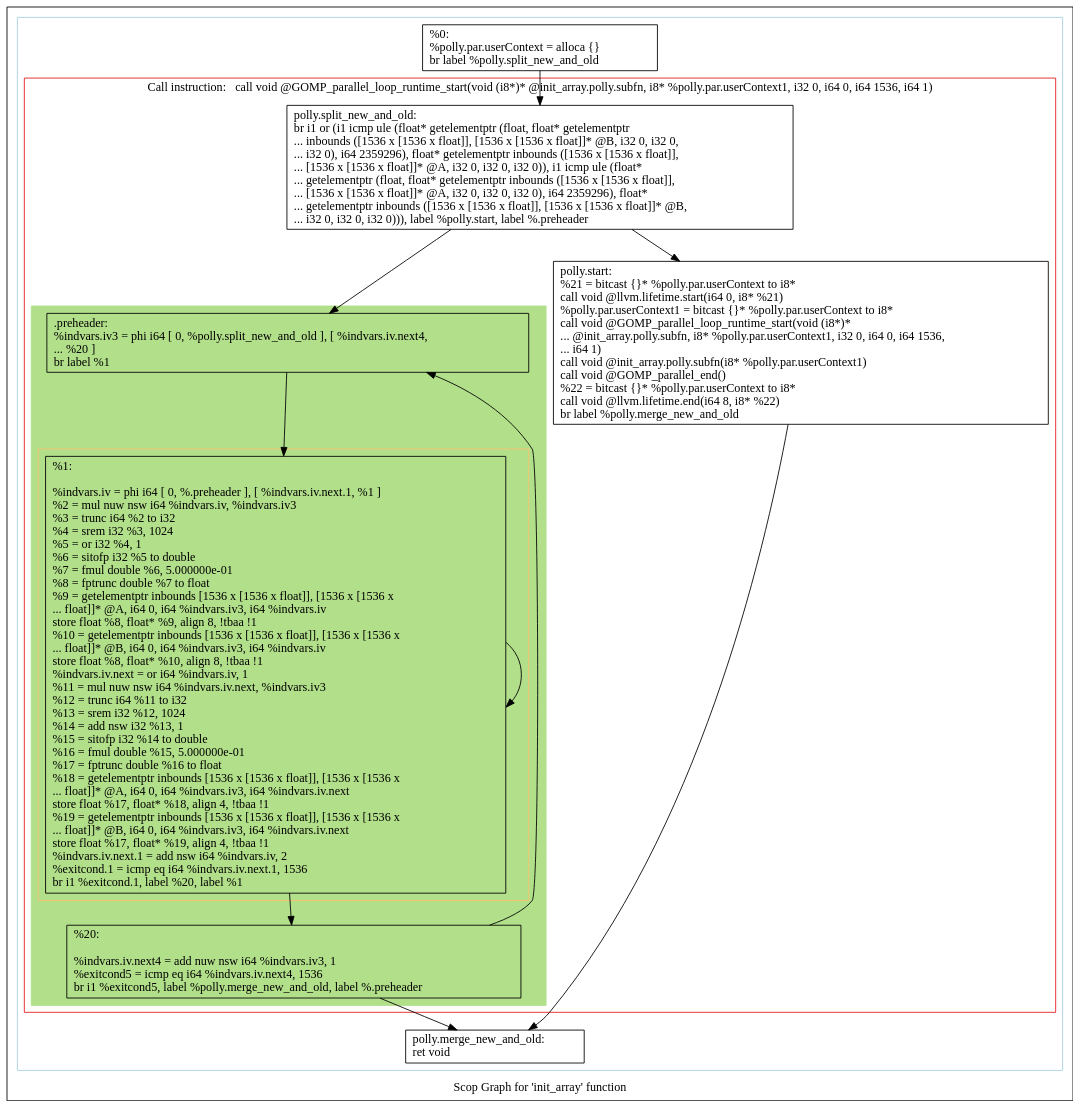
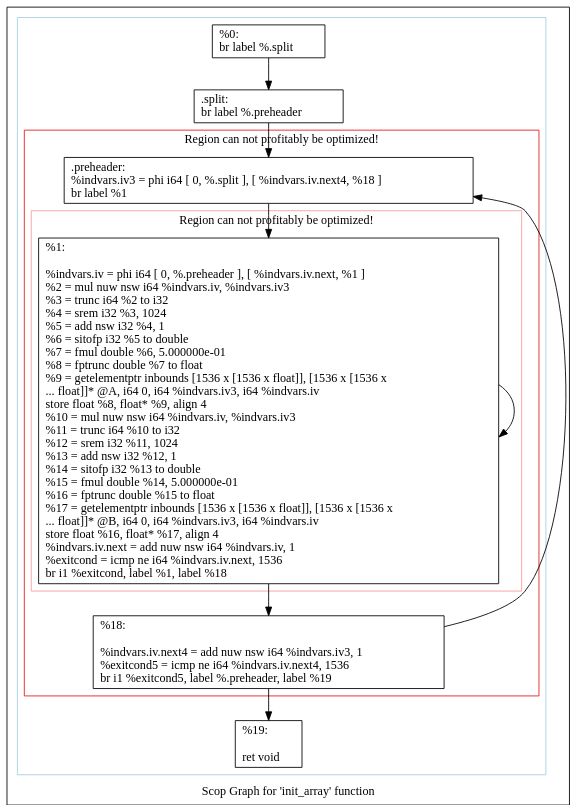
One commit to rogerioag/openmp-hook changed the diagram in matmul-polly/scops.init_array.dot. Above: the diagram before and after it, drawn with Graphviz. The commit also changed 20 other files, not shown here.

```diff
--- a/matmul-polly/scops.init_array.dot
+++ b/matmul-polly/scops.init_array.dot
@@ -1,47 +1,39 @@
 digraph "Scop Graph for 'init_array' function" {
 	label="Scop Graph for 'init_array' function";
 
-	Node0x14e27e0 [shape=record,label="{%0:\l  %polly.par.userContext = alloca \{\}\l  br label %polly.split_new_and_old\l}"];
-	Node0x14e27e0 -> Node0x14e2800;
-	Node0x14e2800 [shape=record,label="{polly.split_new_and_old:                          \l  br i1 or (i1 icmp ule (float* getelementptr (float, float* getelementptr\l... inbounds ([1536 x [1536 x float]], [1536 x [1536 x float]]* @B, i32 0, i32 0,\l... i32 0), i64 2359296), float* getelementptr inbounds ([1536 x [1536 x float]],\l... [1536 x [1536 x float]]* @A, i32 0, i32 0, i32 0)), i1 icmp ule (float*\l... getelementptr (float, float* getelementptr inbounds ([1536 x [1536 x float]],\l... [1536 x [1536 x float]]* @A, i32 0, i32 0, i32 0), i64 2359296), float*\l... getelementptr inbounds ([1536 x [1536 x float]], [1536 x [1536 x float]]* @B,\l... i32 0, i32 0, i32 0))), label %polly.start, label %.preheader\l}"];
-	Node0x14e2800 -> Node0x1520470;
-	Node0x14e2800 -> Node0x15161b0;
-	Node0x1520470 [shape=record,label="{polly.start:                                      \l  %21 = bitcast \{\}* %polly.par.userContext to i8*\l  call void @llvm.lifetime.start(i64 0, i8* %21)\l  %polly.par.userContext1 = bitcast \{\}* %polly.par.userContext to i8*\l  call void @GOMP_parallel_loop_runtime_start(void (i8*)*\l... @init_array.polly.subfn, i8* %polly.par.userContext1, i32 0, i64 0, i64 1536,\l... i64 1)\l  call void @init_array.polly.subfn(i8* %polly.par.userContext1)\l  call void @GOMP_parallel_end()\l  %22 = bitcast \{\}* %polly.par.userContext to i8*\l  call void @llvm.lifetime.end(i64 8, i8* %22)\l  br label %polly.merge_new_and_old\l}"];
-	Node0x1520470 -> Node0x14e2890;
-	Node0x14e2890 [shape=record,label="{polly.merge_new_and_old:                          \l  ret void\l}"];
-	Node0x15161b0 [shape=record,label="{.preheader:                                       \l  %indvars.iv3 = phi i64 [ 0, %polly.split_new_and_old ], [ %indvars.iv.next4,\l... %20 ]\l  br label %1\l}"];
-	Node0x15161b0 -> Node0x14e28b0;
-	Node0x14e28b0 [shape=record,label="{%1:\l\l  %indvars.iv = phi i64 [ 0, %.preheader ], [ %indvars.iv.next.1, %1 ]\l  %2 = mul nuw nsw i64 %indvars.iv, %indvars.iv3\l  %3 = trunc i64 %2 to i32\l  %4 = srem i32 %3, 1024\l  %5 = or i32 %4, 1\l  %6 = sitofp i32 %5 to double\l  %7 = fmul double %6, 5.000000e-01\l  %8 = fptrunc double %7 to float\l  %9 = getelementptr inbounds [1536 x [1536 x float]], [1536 x [1536 x\l... float]]* @A, i64 0, i64 %indvars.iv3, i64 %indvars.iv\l  store float %8, float* %9, align 8, !tbaa !1\l  %10 = getelementptr inbounds [1536 x [1536 x float]], [1536 x [1536 x\l... float]]* @B, i64 0, i64 %indvars.iv3, i64 %indvars.iv\l  store float %8, float* %10, align 8, !tbaa !1\l  %indvars.iv.next = or i64 %indvars.iv, 1\l  %11 = mul nuw nsw i64 %indvars.iv.next, %indvars.iv3\l  %12 = trunc i64 %11 to i32\l  %13 = srem i32 %12, 1024\l  %14 = add nsw i32 %13, 1\l  %15 = sitofp i32 %14 to double\l  %16 = fmul double %15, 5.000000e-01\l  %17 = fptrunc double %16 to float\l  %18 = getelementptr inbounds [1536 x [1536 x float]], [1536 x [1536 x\l... float]]* @A, i64 0, i64 %indvars.iv3, i64 %indvars.iv.next\l  store float %17, float* %18, align 4, !tbaa !1\l  %19 = getelementptr inbounds [1536 x [1536 x float]], [1536 x [1536 x\l... float]]* @B, i64 0, i64 %indvars.iv3, i64 %indvars.iv.next\l  store float %17, float* %19, align 4, !tbaa !1\l  %indvars.iv.next.1 = add nsw i64 %indvars.iv, 2\l  %exitcond.1 = icmp eq i64 %indvars.iv.next.1, 1536\l  br i1 %exitcond.1, label %20, label %1\l}"];
-	Node0x14e28b0 -> Node0x1516320;
-	Node0x14e28b0 -> Node0x14e28b0[constraint=false];
-	Node0x1516320 [shape=record,label="{%20:\l\l  %indvars.iv.next4 = add nuw nsw i64 %indvars.iv3, 1\l  %exitcond5 = icmp eq i64 %indvars.iv.next4, 1536\l  br i1 %exitcond5, label %polly.merge_new_and_old, label %.preheader\l}"];
-	Node0x1516320 -> Node0x14e2890;
-	Node0x1516320 -> Node0x15161b0[constraint=false];
+	Node0x269bea0 [shape=record,label="{%0:\l  br label %.split\l}"];
+	Node0x269bea0 -> Node0x269bcf0;
+	Node0x269bcf0 [shape=record,label="{.split:                                           \l  br label %.preheader\l}"];
+	Node0x269bcf0 -> Node0x269bc40;
+	Node0x269bc40 [shape=record,label="{.preheader:                                       \l  %indvars.iv3 = phi i64 [ 0, %.split ], [ %indvars.iv.next4, %18 ]\l  br label %1\l}"];
+	Node0x269bc40 -> Node0x269bd10;
+	Node0x269bd10 [shape=record,label="{%1:\l\l  %indvars.iv = phi i64 [ 0, %.preheader ], [ %indvars.iv.next, %1 ]\l  %2 = mul nuw nsw i64 %indvars.iv, %indvars.iv3\l  %3 = trunc i64 %2 to i32\l  %4 = srem i32 %3, 1024\l  %5 = add nsw i32 %4, 1\l  %6 = sitofp i32 %5 to double\l  %7 = fmul double %6, 5.000000e-01\l  %8 = fptrunc double %7 to float\l  %9 = getelementptr inbounds [1536 x [1536 x float]], [1536 x [1536 x\l... float]]* @A, i64 0, i64 %indvars.iv3, i64 %indvars.iv\l  store float %8, float* %9, align 4\l  %10 = mul nuw nsw i64 %indvars.iv, %indvars.iv3\l  %11 = trunc i64 %10 to i32\l  %12 = srem i32 %11, 1024\l  %13 = add nsw i32 %12, 1\l  %14 = sitofp i32 %13 to double\l  %15 = fmul double %14, 5.000000e-01\l  %16 = fptrunc double %15 to float\l  %17 = getelementptr inbounds [1536 x [1536 x float]], [1536 x [1536 x\l... float]]* @B, i64 0, i64 %indvars.iv3, i64 %indvars.iv\l  store float %16, float* %17, align 4\l  %indvars.iv.next = add nuw nsw i64 %indvars.iv, 1\l  %exitcond = icmp ne i64 %indvars.iv.next, 1536\l  br i1 %exitcond, label %1, label %18\l}"];
+	Node0x269bd10 -> Node0x269bd10[constraint=false];
+	Node0x269bd10 -> Node0x2691800;
+	Node0x2691800 [shape=record,label="{%18:\l\l  %indvars.iv.next4 = add nuw nsw i64 %indvars.iv3, 1\l  %exitcond5 = icmp ne i64 %indvars.iv.next4, 1536\l  br i1 %exitcond5, label %.preheader, label %19\l}"];
+	Node0x2691800 -> Node0x269bc40[constraint=false];
+	Node0x2691800 -> Node0x2692080;
+	Node0x2692080 [shape=record,label="{%19:\l\l  ret void\l}"];
 	colorscheme = "paired12"
-        subgraph cluster_0x14e7a10 {
+        subgraph cluster_0x2691560 {
           label = "";
           style = solid;
           color = 1
-          subgraph cluster_0x14df8b0 {
-            label = "Call instruction:   call void @GOMP_parallel_loop_runtime_start(void (i8*)* @init_array.polly.subfn, i8* %polly.par.userContext1, i32 0, i64 0, i64 1536, i64 1)";
+          subgraph cluster_0x26920d0 {
+            label = "Region can not profitably be optimized!";
             style = solid;
             color = 6
-            subgraph cluster_0x14df830 {
-              label = "";
-              style = filled;
-              color = 3              subgraph cluster_0x14df7b0 {
-                label = "";
-                style = solid;
-                color = 7
-                Node0x14e28b0;
-              }
-              Node0x15161b0;
-              Node0x1516320;
+            subgraph cluster_0x2691830 {
+              label = "Region can not profitably be optimized!";
+              style = solid;
+              color = 5
+              Node0x269bd10;
             }
-            Node0x14e2800;
-            Node0x1520470;
+            Node0x269bc40;
+            Node0x2691800;
           }
-          Node0x14e27e0;
-          Node0x14e2890;
+          Node0x269bea0;
+          Node0x269bcf0;
+          Node0x2692080;
         }
 }
```
